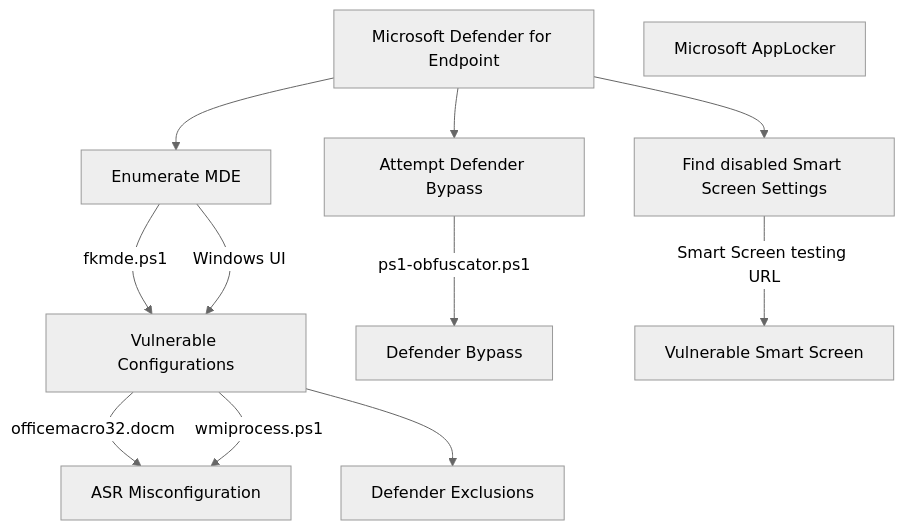
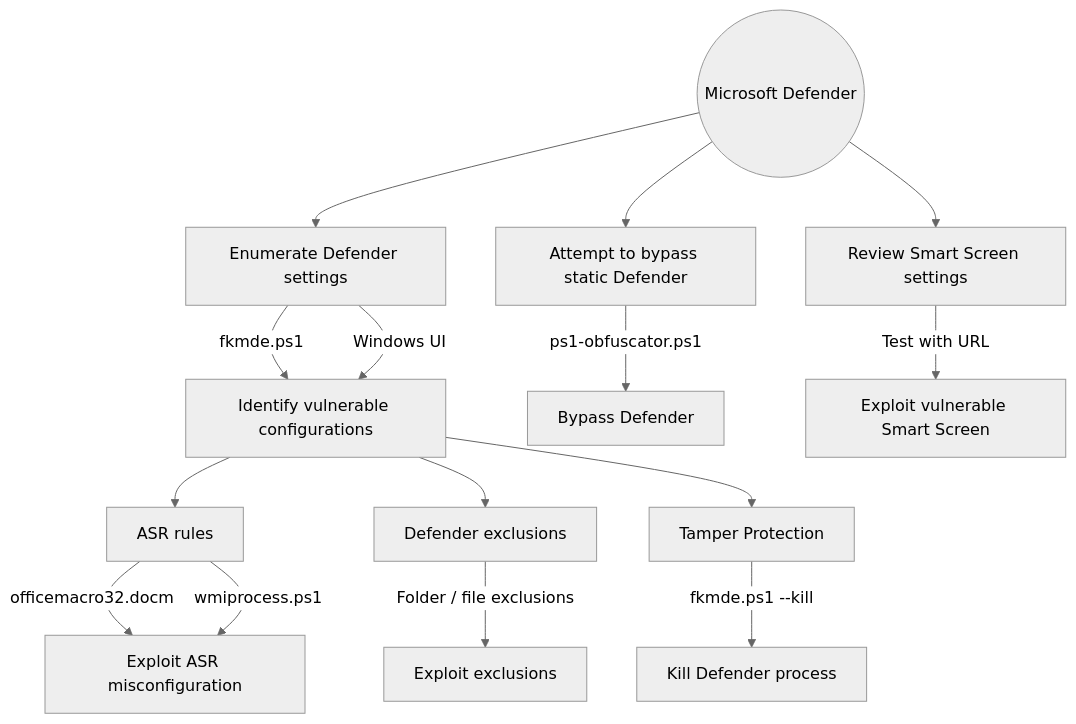
The diagram in README.md (fkxdr/fkxdr-mindmaps), drawn with Mermaid (neutral theme) before and after one commit.

````diff
--- a/README.md
+++ b/README.md
@@ -7,18 +7,26 @@
 ```mermaid
 flowchart TD
-    MDE[ Microsoft Defender for Endpoint ]
-    MDE --> MDEENUM[ Enumerate MDE ]
-    MDEENUM --> | fkmde.ps1 | MDEVULN[ Vulnerable Configurations ]
-    MDEENUM --> |  Windows UI | MDEVULN[ Vulnerable Configurations ]
-    MDEVULN --> | officemacro32.docm | MDEASR[ ASR Misconfiguration ]
-    MDEVULN --> | wmiprocess.ps1 | MDEASR
-    MDEVULN --> MDEEXCLUSION[ Defender Exclusions ]
+    start((Microsoft Defender))
+    
+    start --> MDEENUM[Enumerate Defender settings]
+    MDEENUM --> |fkmde.ps1| MDEVULN[Identify vulnerable configurations]
+    MDEENUM --> |Windows UI| MDEVULN
+    
+    MDEVULN --> MDEVULNASR[ASR rules]
+    MDEVULNASR --> |officemacro32.docm| MDEASREXP[Exploit ASR misconfiguration]
+    MDEVULNASR --> |wmiprocess.ps1| MDEASREXP
+    
+    MDEVULN --> MDEEXCLUSION[Defender exclusions]
+    MDEEXCLUSION --> |Folder / file exclusions| EXPLOITEXCL[Exploit exclusions]
+    
+    MDEVULN --> MDEMISCONF[Tamper Protection]
+    MDEMISCONF --> |fkmde.ps1 --kill| MDEKILL[Kill Defender process]
+    
+    start --> MDEBYPASS[Attempt to bypass static Defender]
+    MDEBYPASS --> |ps1-obfuscator.ps1| MDEBYPASS2[Bypass Defender]
+    
+    start --> MDESSCR[Review Smart Screen settings]
+    MDESSCR --> |Test with URL| MDESSCRVULN[Exploit vulnerable Smart Screen]
 
-    MDE --> MDEBYPASS[ Attempt Defender Bypass ]
-    MDEBYPASS --> | ps1-obfuscator.ps1 | MDEBYPASS2[ Defender Bypass ]
 
-    MDE --> MDESSCR[ Find disabled Smart Screen Settings ]
-    MDESSCR --> | Smart Screen testing URL | MDESSCR2[ Vulnerable Smart Screen ]
-
-    APP[ Microsoft AppLocker ]
 ```
````
